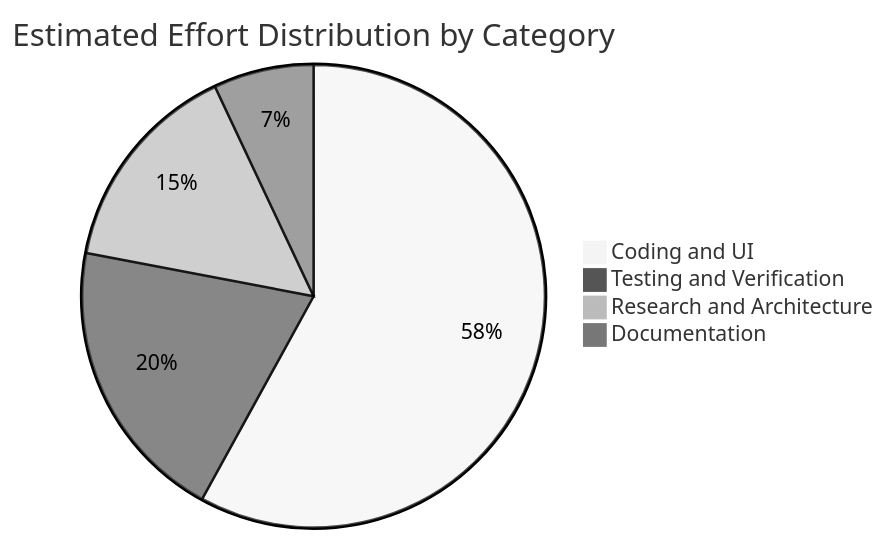
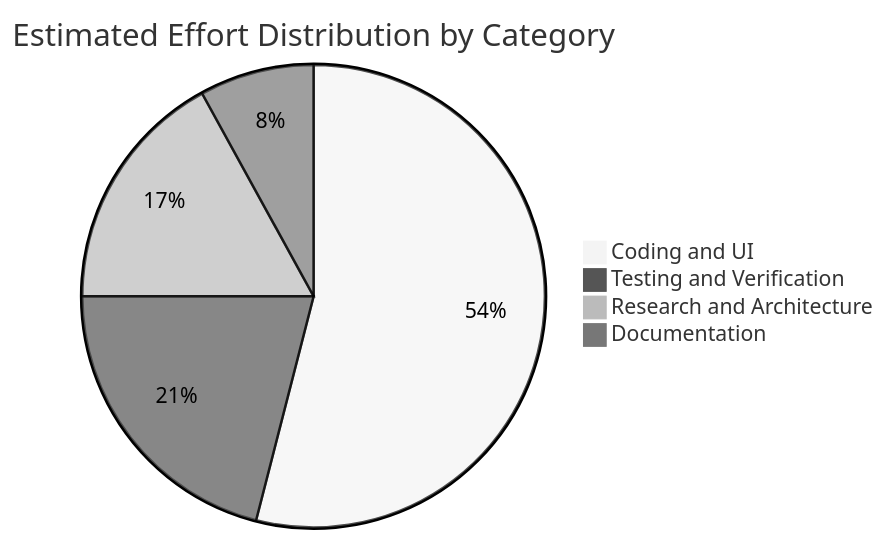
Before and after one commit to roger64s/CodeWithKris: the first of 2 diagrams in docs/PROJECT_SUMMARY.md, drawn with Mermaid (neutral theme). The commit also changed other lines of this file and 36 other files, not shown here.

````diff
--- a/docs/PROJECT_SUMMARY.md
+++ b/docs/PROJECT_SUMMARY.md
@@ -23,7 +23,7 @@
 ```mermaid
 pie title Estimated Effort Distribution by Category
-    "Coding and UI" : 58
-    "Testing and Verification" : 20
-    "Research and Architecture" : 15
-    "Documentation" : 7
+    "Coding and UI" : 54
+    "Testing and Verification" : 21
+    "Research and Architecture" : 17
+    "Documentation" : 8
 ```
````
